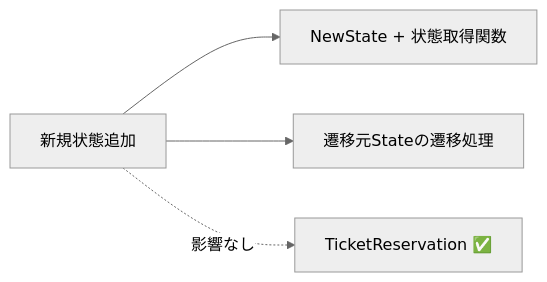
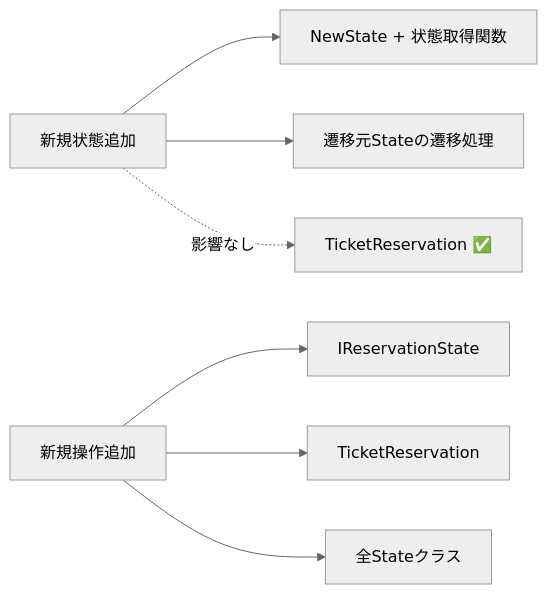
One commit to kumachan1101-pixel/DesignPattern changed the sixth of 8 diagrams in kindle/design-patterns/output/chapter03.md. Above: the diagram before and after it, drawn with Mermaid (neutral theme). The commit also changed other lines of this file and 1 other file, not shown here.

````diff
--- a/kindle/design-patterns/output/chapter03.md
+++ b/kindle/design-patterns/output/chapter03.md
@@ -937,6 +1065,9 @@
 ```mermaid
 graph LR
     T1["新規状態追加"] --> F1["NewState + 状態取得関数"]
     T1 --> F2["遷移元Stateの遷移処理"]
     T1 -. "影響なし" .-> A["TicketReservation ✅"]
+    T2["新規操作追加"] --> I["IReservationState"]
+    T2 --> C["TicketReservation"]
+    T2 --> S["全Stateクラス"]
 ```
````
